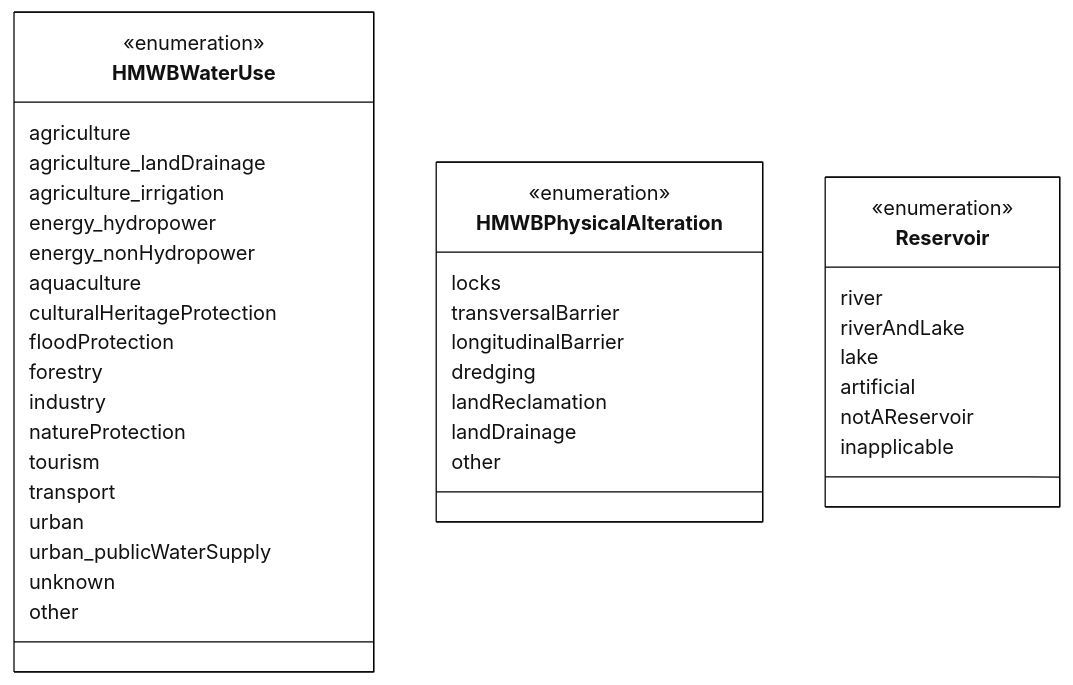
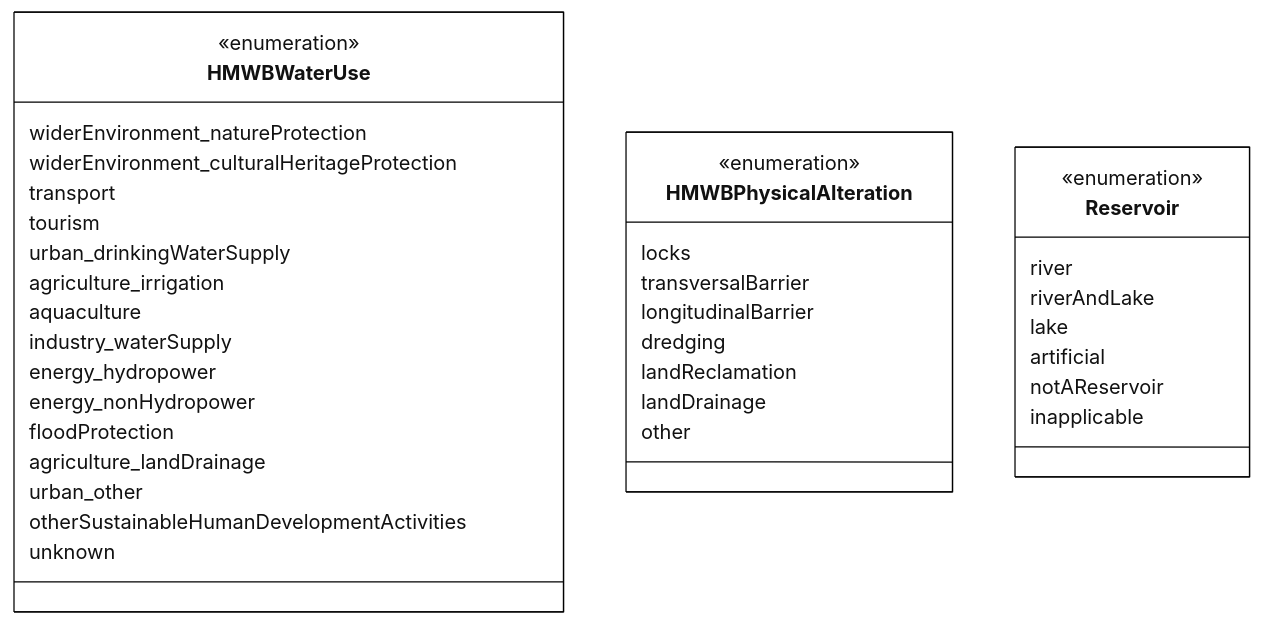
Before and after one commit to eeadata/WISE.WFD.Documentation: the diagram in docs/DataModelReview/mmd/Codelist_4thCycle_Reservoir_HMWBWaterUse_HMWBPhysicalAlteration_ClassDiagram.mmd, drawn with Mermaid. The commit also changed 6 other files, not shown here.

```diff
--- a/docs/DataModelReview/mmd/Codelist_4thCycle_Reservoir_HMWBWaterUse_HMWBPhysicalAlteration_ClassDiagram.mmd
+++ b/docs/DataModelReview/mmd/Codelist_4thCycle_Reservoir_HMWBWaterUse_HMWBPhysicalAlteration_ClassDiagram.mmd
@@ -1,54 +1,52 @@
 ---
 config:
   class:
     hideEmptyMembersBox: true
   layout: dagre
   theme: neutral
 ---
 classDiagram
 direction TB
 
 class HMWBWaterUse{
 <<enumeration>>
-  agriculture
-  agriculture_landDrainage
+  widerEnvironment_natureProtection
+  widerEnvironment_culturalHeritageProtection
+  transport
+  tourism
+  urban_drinkingWaterSupply
   agriculture_irrigation
+  aquaculture
+  industry_waterSupply
   energy_hydropower
   energy_nonHydropower
-  aquaculture
-  culturalHeritageProtection
   floodProtection
-  forestry
-  industry
-  natureProtection
-  tourism
-  transport
-  urban
-  urban_publicWaterSupply
+  agriculture_landDrainage
+  urban_other
+  otherSustainableHumanDevelopmentActivities
   unknown
-  other
 }
 
 class HMWBPhysicalAlteration{
 <<enumeration>>
   locks
   transversalBarrier
   longitudinalBarrier
   dredging 
   landReclamation
   landDrainage
   other
 }
 
 class Reservoir{
 <<enumeration>>
   river
   riverAndLake	
   lake	
   artificial	
   notAReservoir
   inapplicable
 }
 
 classDef default fill:white,stroke:#000;
 classDef forFixing fill:white,stroke:#f00;
```
